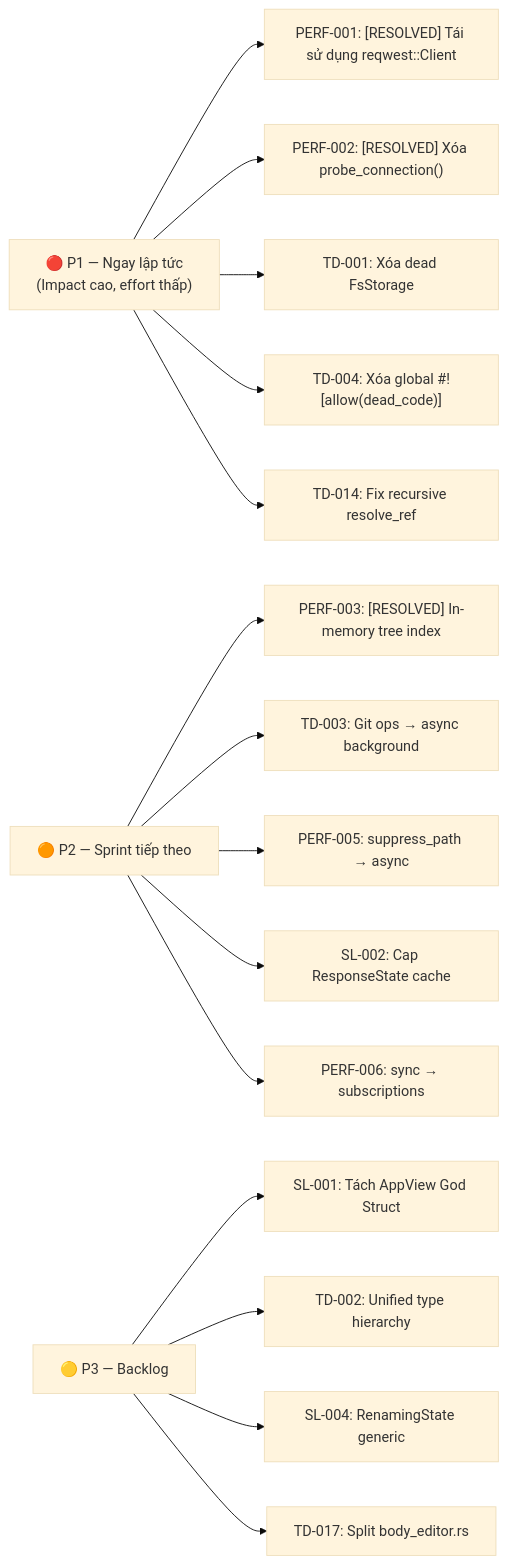
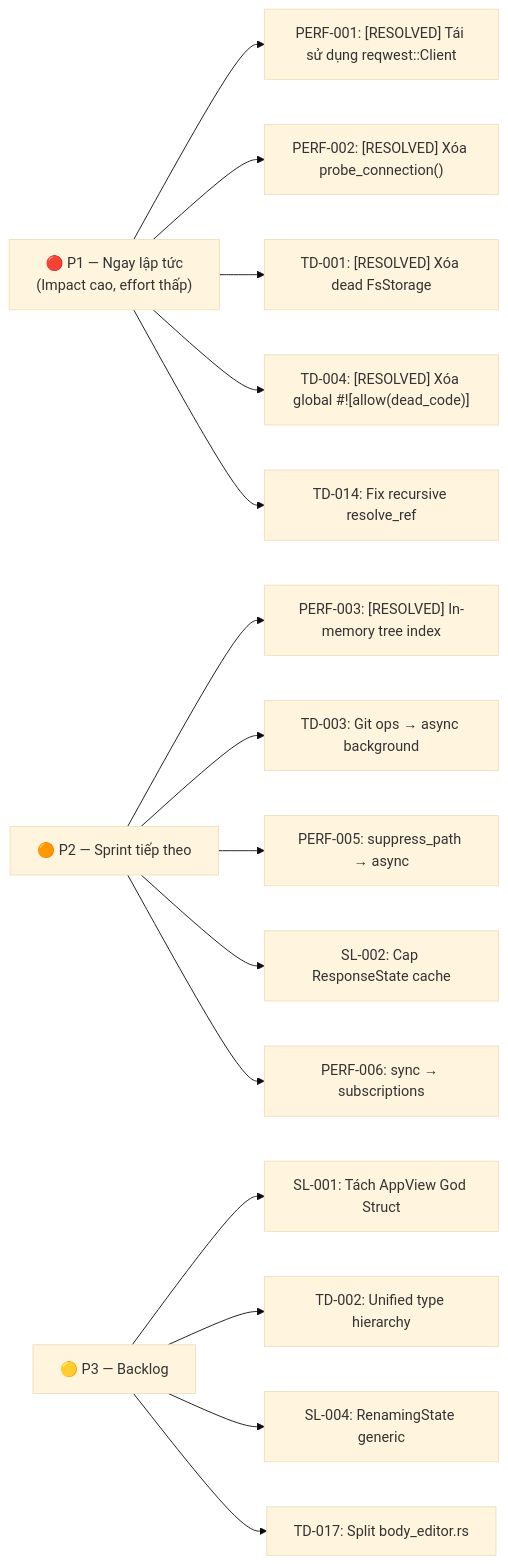
The second of 2 diagrams in docs/technical-debt-02.md (dungmv/rest-client), drawn with Mermaid (base theme) before and after one commit. The commit also changed other lines of this file and 14 other files, not shown here.

````diff
--- a/docs/technical-debt-02.md
+++ b/docs/technical-debt-02.md
@@ -455,23 +457,23 @@
 ```mermaid
 flowchart LR
     P1["🔴 P1 — Ngay lập tức\n(Impact cao, effort thấp)"]
     P2["🟠 P2 — Sprint tiếp theo"]
     P3["🟡 P3 — Backlog"]
 
     P1 --> i1["PERF-001: [RESOLVED] Tái sử dụng reqwest::Client"]
     P1 --> i2["PERF-002: [RESOLVED] Xóa probe_connection()"]
-    P1 --> i3["TD-001: Xóa dead FsStorage"]
-    P1 --> i4["TD-004: Xóa global #![allow(dead_code)]"]
+    P1 --> i3["TD-001: [RESOLVED] Xóa dead FsStorage"]
+    P1 --> i4["TD-004: [RESOLVED] Xóa global #![allow(dead_code)]"]
     P1 --> i5["TD-014: Fix recursive resolve_ref"]
 
     P2 --> i6["PERF-003: [RESOLVED] In-memory tree index"]
     P2 --> i7["TD-003: Git ops → async background"]
     P2 --> i8["PERF-005: suppress_path → async"]
     P2 --> i9["SL-002: Cap ResponseState cache"]
     P2 --> i10["PERF-006: sync → subscriptions"]
 
     P3 --> i11["SL-001: Tách AppView God Struct"]
     P3 --> i12["TD-002: Unified type hierarchy"]
     P3 --> i13["SL-004: RenamingState generic"]
     P3 --> i14["TD-017: Split body_editor.rs"]
 ```
````
